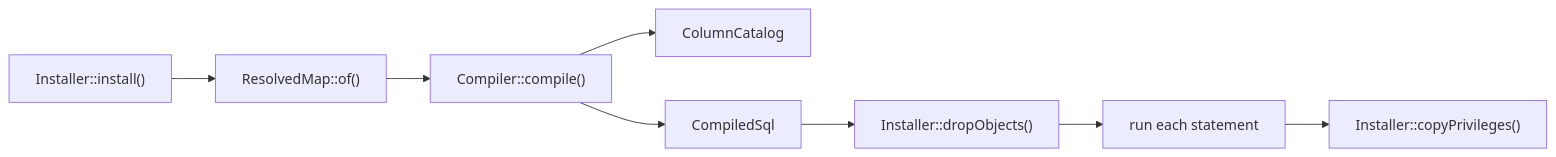
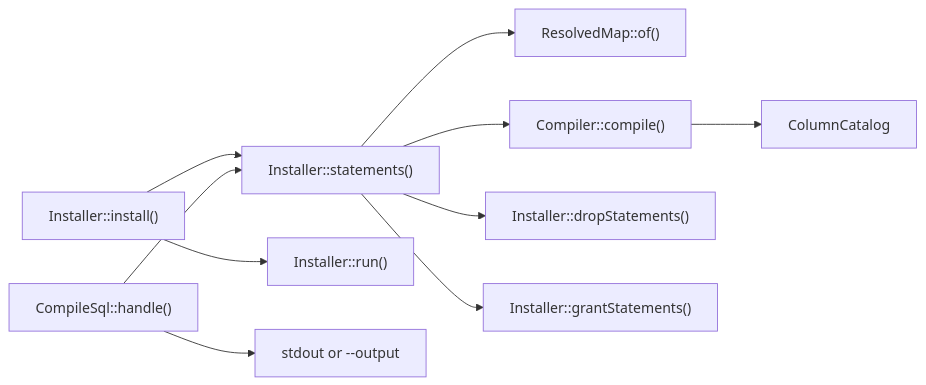
The diagram in docs/flows/compiling-and-installing-the-schema.md (AryeoHQ/eloquent-compatibility), drawn with Mermaid before and after one commit. The commit also changed other lines of this file and 17 other files, not shown here.

First line of the commit message:
feat(console): print a compatibility map's SQL before a migration

````diff
--- a/docs/flows/compiling-and-installing-the-schema.md
+++ b/docs/flows/compiling-and-installing-the-schema.md
@@ -5,10 +5,12 @@
 ```mermaid
 flowchart LR
-  Install["Installer::install()"] --> Resolve["ResolvedMap::of()"]
-  Resolve --> Compile["Compiler::compile()"]
+  Install["Installer::install()"] --> Statements["Installer::statements()"]
+  Print["CompileSql::handle()"] --> Statements
+  Statements --> Resolve["ResolvedMap::of()"]
+  Statements --> Compile["Compiler::compile()"]
   Compile --> Catalog["ColumnCatalog"]
-  Compile --> Sql["CompiledSql"]
-  Sql --> Drop["Installer::dropObjects()"]
-  Drop --> Run["run each statement"]
-  Run --> Grants["Installer::copyPrivileges()"]
+  Statements --> Drop["Installer::dropStatements()"]
+  Statements --> Grants["Installer::grantStatements()"]
+  Install --> Run["Installer::run()"]
+  Print --> Output["stdout or --output"]
 ```
````
